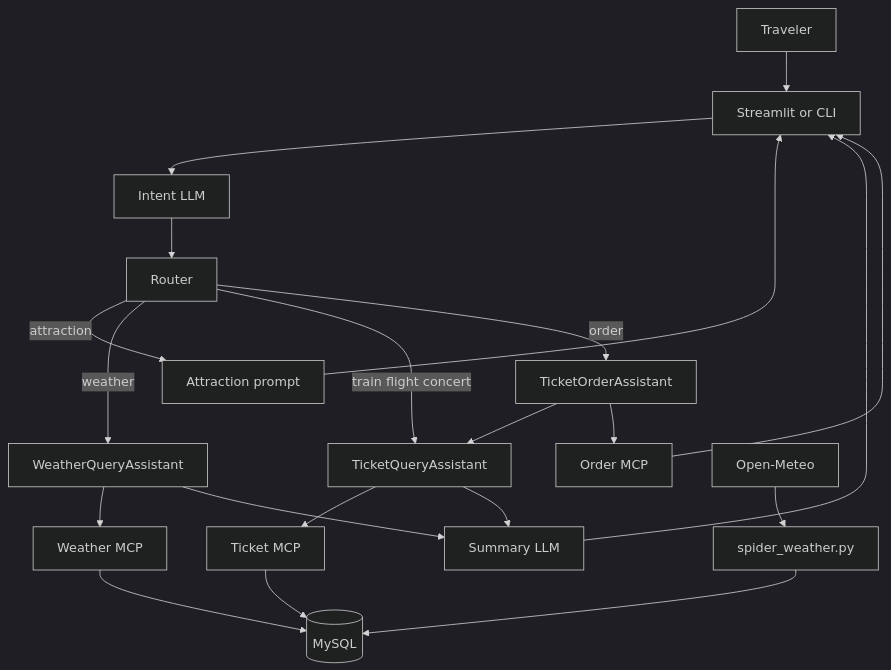
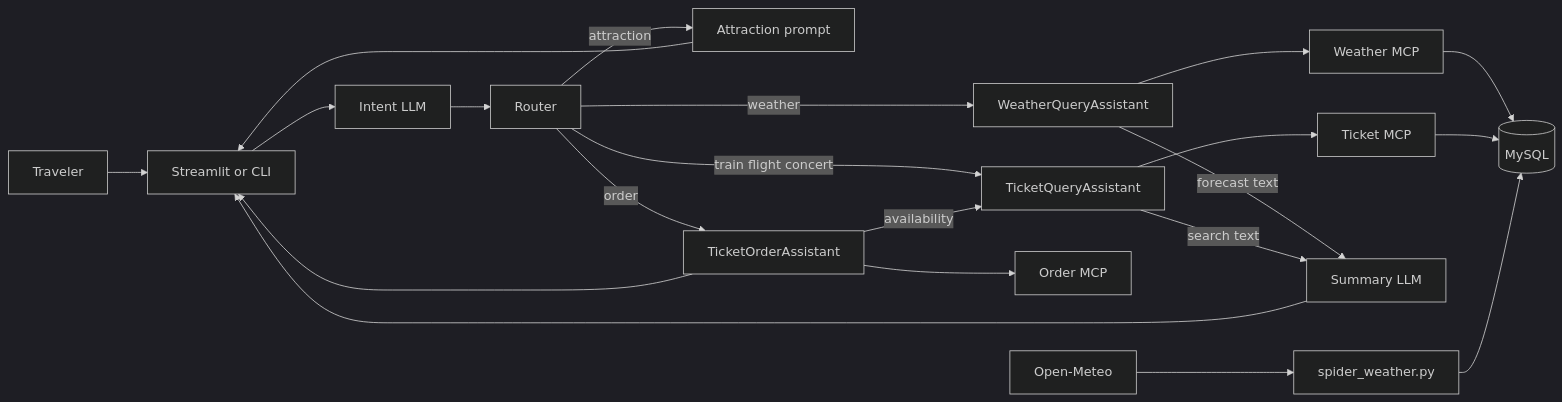
One commit to Juan-yuan/Smart-Voyage changed the diagram in README.md. Above: the diagram before and after it, drawn with Mermaid (dark theme). The commit also changed other lines of this file, not shown here.

Commit message:
feat(optimise): update README file to optimise end to end flow introduction

````diff
--- a/README.md
+++ b/README.md
@@ -61,23 +59,23 @@
 ```mermaid
-flowchart TD
+flowchart LR
     user[Traveler] --> ui[Streamlit or CLI]
     ui --> intent[Intent LLM]
     intent --> router[Router]
     router -->|attraction| places[Attraction prompt]
+    places --> ui
     router -->|weather| weatherAgent[WeatherQueryAssistant]
     router -->|train flight concert| ticketAgent[TicketQueryAssistant]
-    router -->|order| orderAgent[TicketOrderAssistant]
-    orderAgent --> ticketAgent
-    orderAgent --> orderMcp[Order MCP]
     weatherAgent --> weatherMcp[Weather MCP]
     ticketAgent --> ticketMcp[Ticket MCP]
     weatherMcp --> mysql[(MySQL)]
     ticketMcp --> mysql
+    weatherAgent -->|forecast text| summary[Summary LLM]
+    ticketAgent -->|search text| summary
+    summary --> ui
+    router -->|order| orderAgent[TicketOrderAssistant]
+    orderAgent -->|availability| ticketAgent
+    orderAgent --> orderMcp[Order MCP]
+    orderAgent --> ui
     openMeteo[Open-Meteo] --> spider[spider_weather.py]
     spider --> mysql
-    places --> ui
-    weatherAgent --> summary[Summary LLM]
-    ticketAgent --> summary
-    summary --> ui
-    orderMcp --> ui
 ```
````
